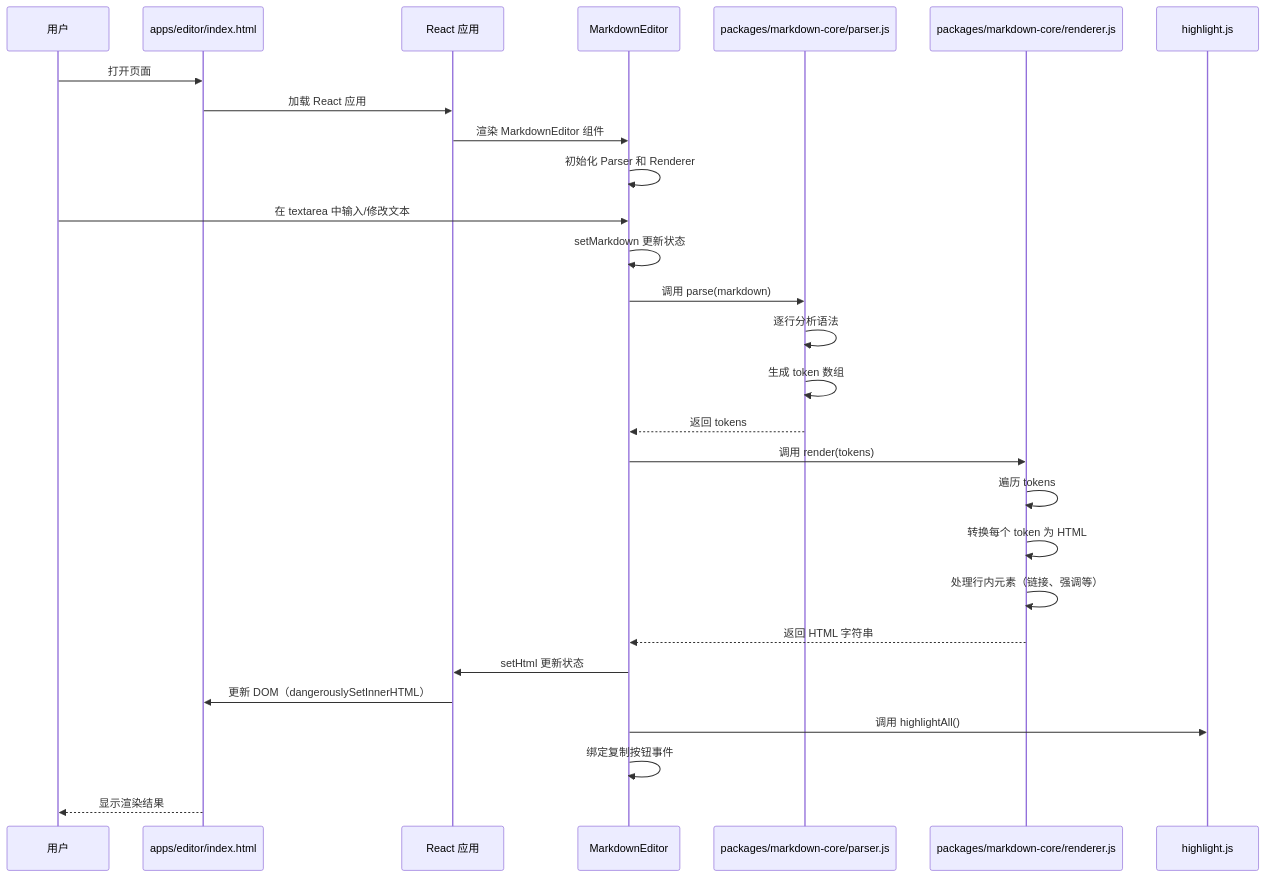
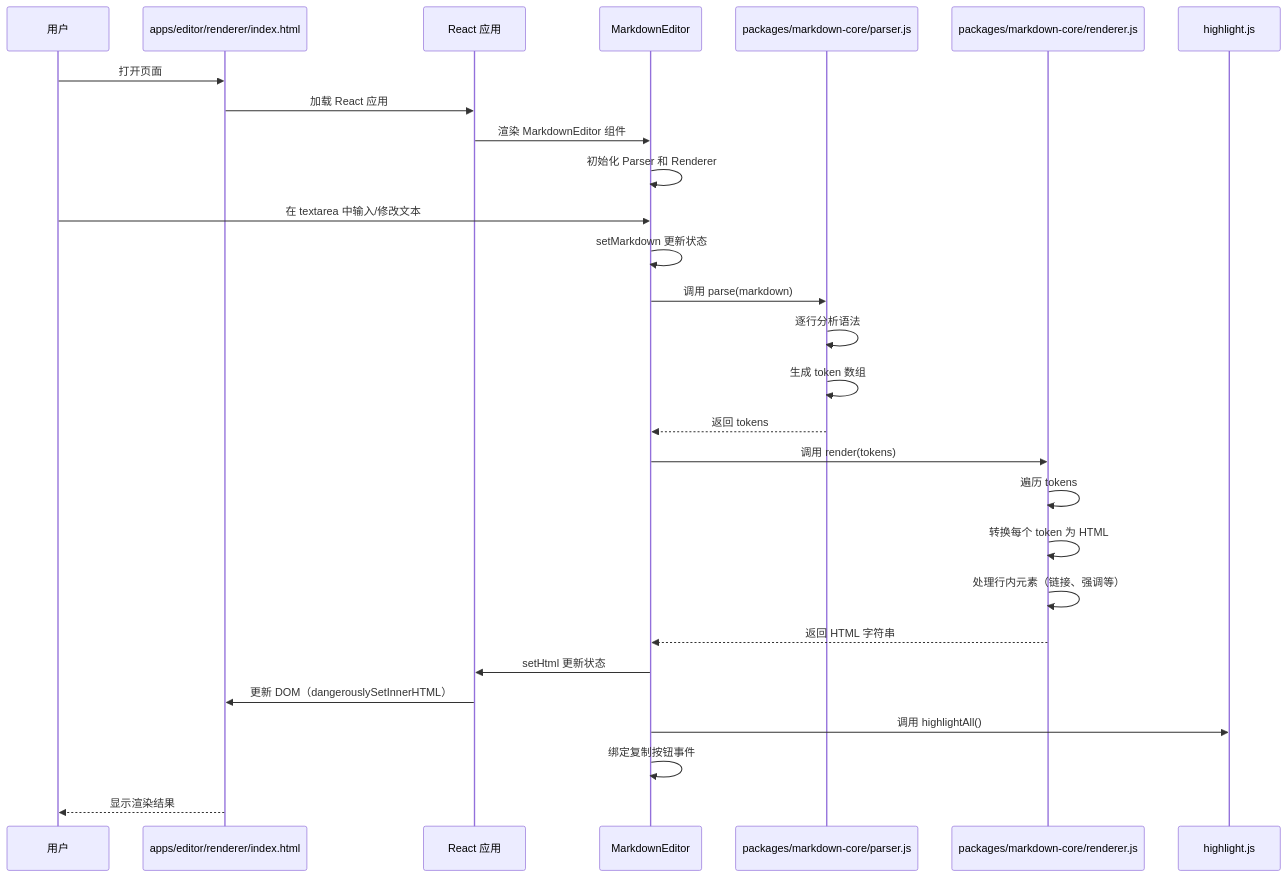
One commit to Canace22/md-render changed the second of 3 diagrams in ARCHITECTURE.md. Above: the diagram before and after it, drawn with Mermaid. The commit also changed other lines of this file and 59 other files, not shown here.

````diff
--- a/ARCHITECTURE.md
+++ b/ARCHITECTURE.md
@@ -38,35 +38,35 @@
 ```mermaid
 sequenceDiagram
     participant U as 用户
-    participant HTML as apps/editor/index.html
+    participant HTML as apps/editor/renderer/index.html
     participant React as React 应用
     participant Editor as MarkdownEditor
     participant Parser as packages/markdown-core/parser.js
     participant Renderer as packages/markdown-core/renderer.js
     participant Hljs as highlight.js
     
     U->>HTML: 打开页面
     HTML->>React: 加载 React 应用
     React->>Editor: 渲染 MarkdownEditor 组件
     Editor->>Editor: 初始化 Parser 和 Renderer
     
     U->>Editor: 在 textarea 中输入/修改文本
     Editor->>Editor: setMarkdown 更新状态
     Editor->>Parser: 调用 parse(markdown)
     Parser->>Parser: 逐行分析语法
     Parser->>Parser: 生成 token 数组
     Parser-->>Editor: 返回 tokens
     
     Editor->>Renderer: 调用 render(tokens)
     Renderer->>Renderer: 遍历 tokens
     Renderer->>Renderer: 转换每个 token 为 HTML
     Renderer->>Renderer: 处理行内元素（链接、强调等）
     Renderer-->>Editor: 返回 HTML 字符串
     
     Editor->>React: setHtml 更新状态
     React->>HTML: 更新 DOM（dangerouslySetInnerHTML）
     Editor->>Hljs: 调用 highlightAll()
     Editor->>Editor: 绑定复制按钮事件
     
     HTML-->>U: 显示渲染结果
 ```
````
